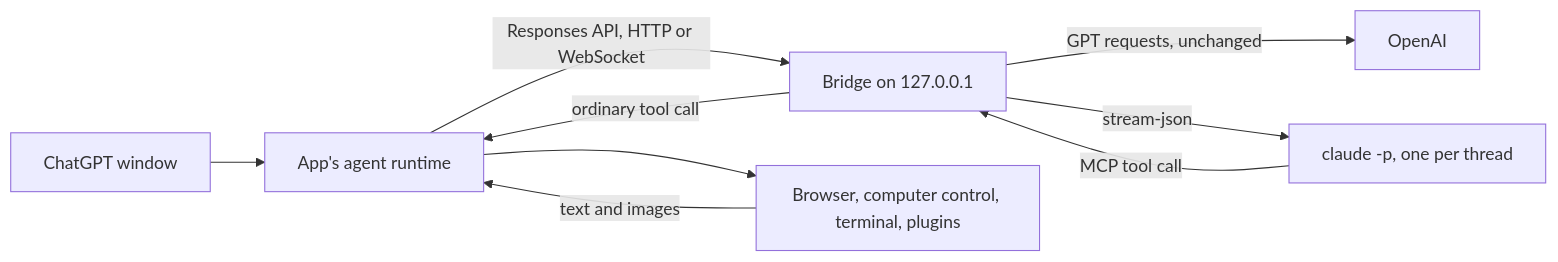
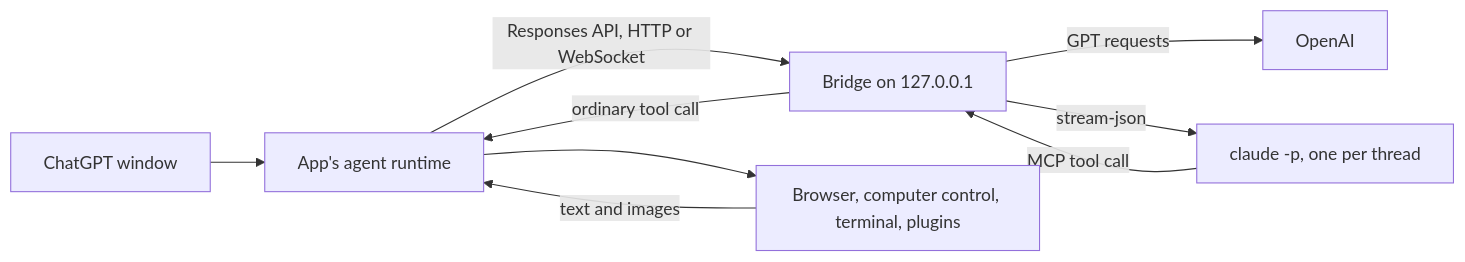
One commit to wuchris-ch/claude-for-chatgpt-desktop changed the diagram in README.md. Above: the diagram before and after it, drawn with Mermaid. The commit also changed other lines of this file and 2 other files, not shown here.

````diff
--- a/README.md
+++ b/README.md
@@ -28,11 +32,11 @@
 ```mermaid
 flowchart LR
     UI[ChatGPT window] --> Runtime[App's agent runtime]
     Runtime -->|Responses API, HTTP or WebSocket| Bridge[Bridge on 127.0.0.1]
-    Bridge -->|GPT requests, unchanged| OpenAI[OpenAI]
+    Bridge -->|GPT requests| OpenAI[OpenAI]
     Bridge -->|stream-json| Claude[claude -p, one per thread]
     Claude -->|MCP tool call| Bridge
     Bridge -->|ordinary tool call| Runtime
     Runtime --> Tools[Browser, computer control, terminal, plugins]
     Tools -->|text and images| Runtime
 ```
````
